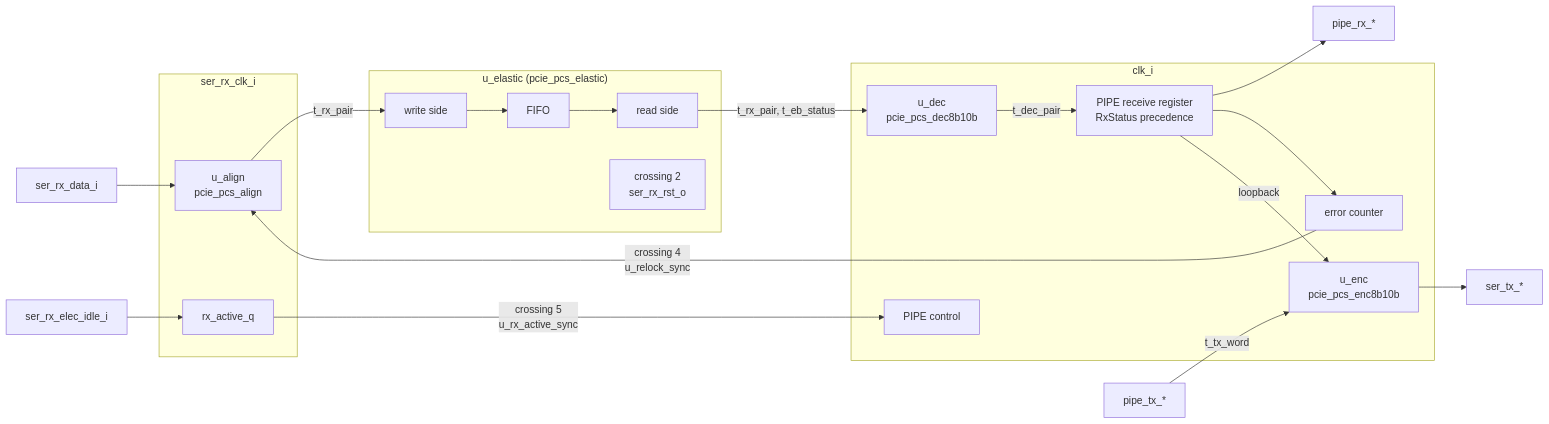
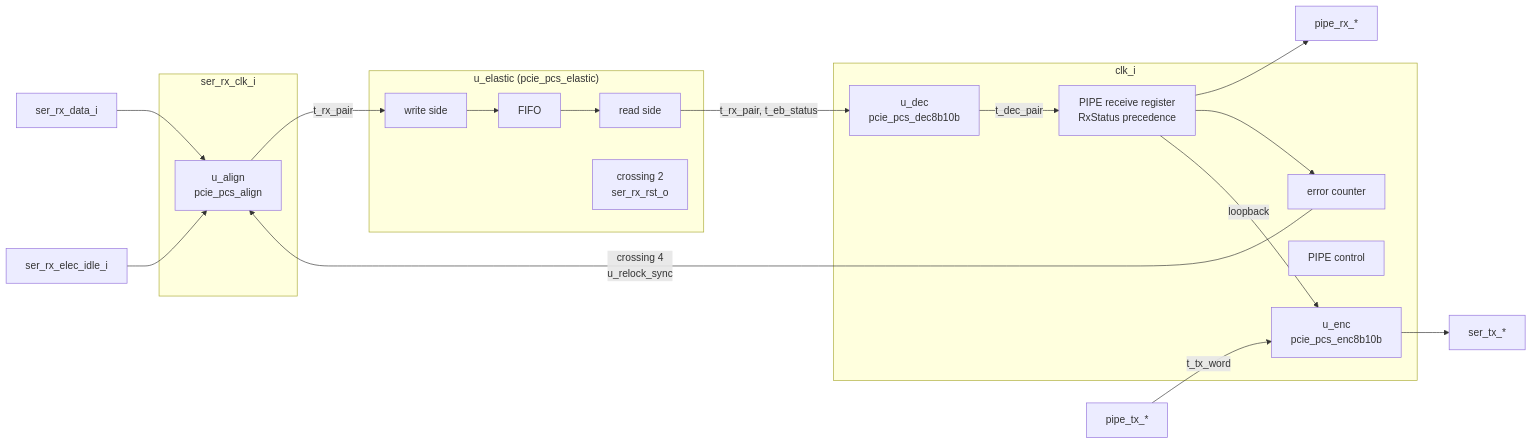
One commit to amichai-bd/pcie-factory changed the diagram in wiki/src/rtl/pcs/MAS.md. Above: the diagram before and after it, drawn with Mermaid. The commit also changed other lines of this file and 27 other files, not shown here.

````diff
--- a/wiki/src/rtl/pcs/MAS.md
+++ b/wiki/src/rtl/pcs/MAS.md
@@ -13,24 +13,23 @@
 ```mermaid
 flowchart LR
   subgraph rx["ser_rx_clk_i"]
     al["u_align<br/>pcie_pcs_align"]
-    act["rx_active_q"]
   end
   subgraph eb["u_elastic (pcie_pcs_elastic)"]
     wr["write side"] --> fifo["FIFO"] --> rd["read side"]
     rst["crossing 2<br/>ser_rx_rst_o"]
   end
   subgraph core["clk_i"]
     dec["u_dec<br/>pcie_pcs_dec8b10b"]
     reg["PIPE receive register<br/>RxStatus precedence"]
     cnt["error counter"]
     ctl["PIPE control"]
     enc["u_enc<br/>pcie_pcs_enc8b10b"]
   end
   ser_rx_data_i --> al -- "t_rx_pair" --> wr
   rd -- "t_rx_pair, t_eb_status" --> dec -- "t_dec_pair" --> reg --> pipe_rx["pipe_rx_*"]
   reg --> cnt -- "crossing 4<br/>u_relock_sync" --> al
   reg -- "loopback" --> enc
   pipe_tx["pipe_tx_*"] -- "t_tx_word" --> enc --> ser_tx["ser_tx_*"]
-  ser_rx_elec_idle_i --> act -- "crossing 5<br/>u_rx_active_sync" --> ctl
+  ser_rx_elec_idle_i --> al
 ```
````
